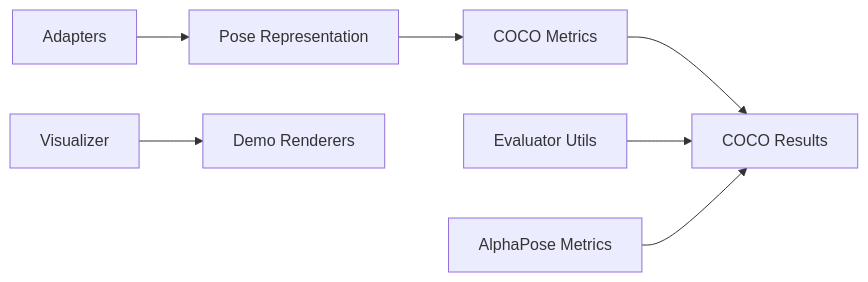
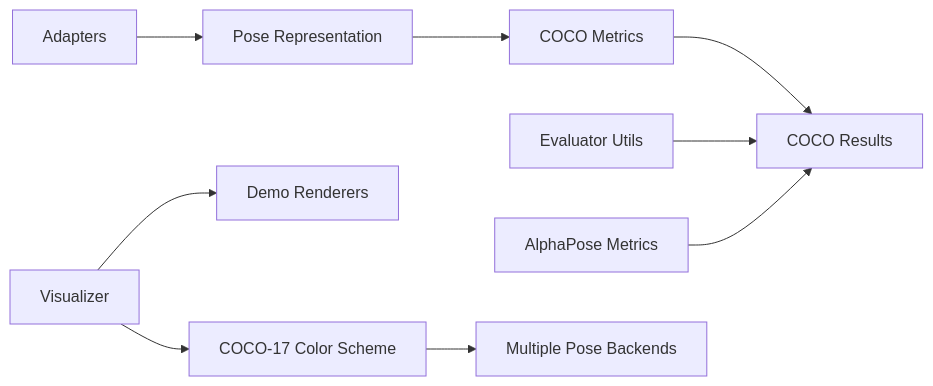
One commit to Fogus-Gr/MeasurementsDTs changed the ninth of 9 diagrams in .qoder/repowiki/en/content/Monitoring and Analytics/Evaluation Utilities.md. Above: the diagram before and after it, drawn with Mermaid. The commit also changed other lines of this file and 12 other files, not shown here.

````diff
--- a/.qoder/repowiki/en/content/Monitoring and Analytics/Evaluation Utilities.md
+++ b/.qoder/repowiki/en/content/Monitoring and Analytics/Evaluation Utilities.md
@@ -332,9 +358,11 @@
 ```mermaid
 graph LR
 AD["Adapters"] --> REP["Pose Representation"]
 REP --> MET["COCO Metrics"]
 MET --> OUT["COCO Results"]
 EV["Evaluator Utils"] --> OUT
 AP["AlphaPose Metrics"] --> OUT
 VIS["Visualizer"] --> DEMO["Demo Renderers"]
+VIS --> COLOR["COCO-17 Color Scheme"]
+COLOR --> BACKENDS["Multiple Pose Backends"]
 ```
````
